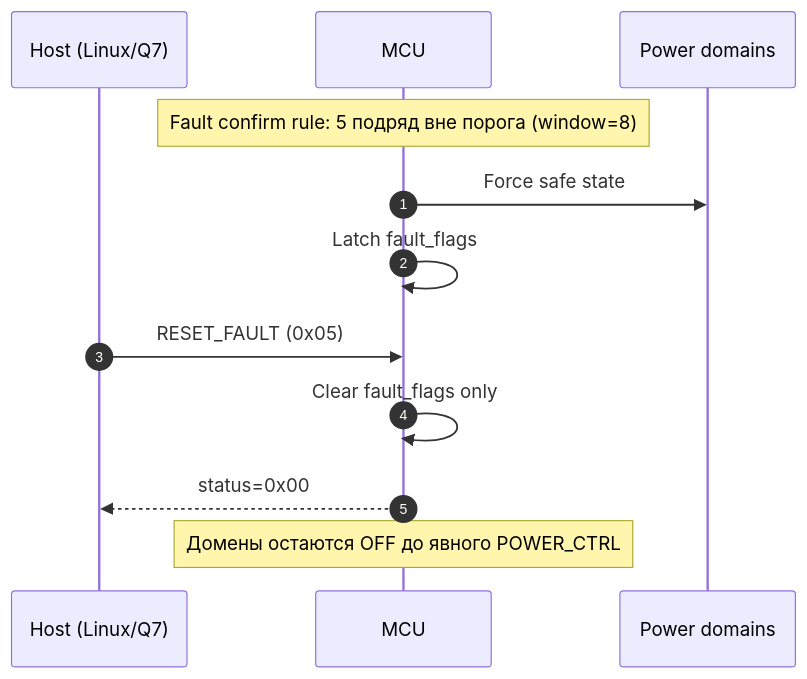
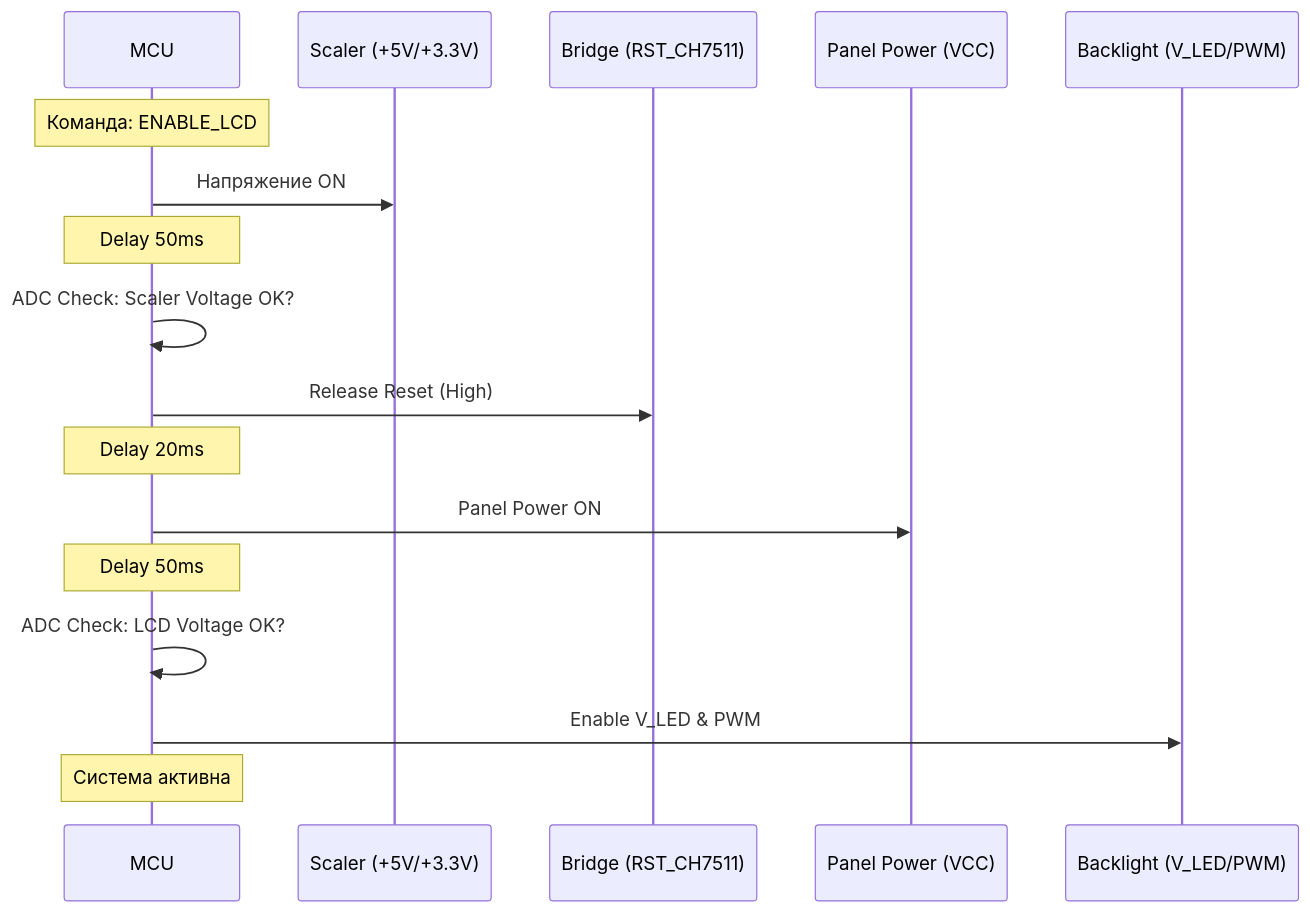
The second of 4 diagrams in POWER_Controller.md (n-korel/power_controller), drawn with Mermaid before and after one commit. The commit also changed other lines of this file, not shown here.

````diff
--- a/POWER_Controller.md
+++ b/POWER_Controller.md
@@ -101,16 +52,20 @@
 ```mermaid
 sequenceDiagram
-    autonumber
-    participant Host as Host (Linux/Q7)
-    participant MCU as MCU
-    participant PWR as Power domains
+    participant MCU
+    participant SC as Scaler (+5V/+3.3V)
+    participant BR as Bridge (RST_CH7511)
+    participant LCD as Panel Power (VCC)
+    participant BL as Backlight (V_LED/PWM)
 
-    Note over MCU: Fault confirm rule: 5 подряд вне порога (window=8)
-    MCU->>PWR: Force safe state
-    MCU->>MCU: Latch fault_flags
-
-    Host->>MCU: RESET_FAULT (0x05)
-    MCU->>MCU: Clear fault_flags only
-    MCU-->>Host: status=0x00
-    Note over MCU: Домены остаются OFF до явного POWER_CTRL
+    Note over MCU: Команда: ENABLE_LCD
+    MCU->>SC: Напряжение ON
+    Note over MCU: Delay 50ms
+    MCU->>MCU: ADC Check: Scaler Voltage OK?
+    MCU->>BR: Release Reset (High)
+    Note over MCU: Delay 20ms
+    MCU->>LCD: Panel Power ON
+    Note over MCU: Delay 50ms
+    MCU->>MCU: ADC Check: LCD Voltage OK?
+    MCU->>BL: Enable V_LED & PWM
+    Note over MCU: Система активна
 ```
````
